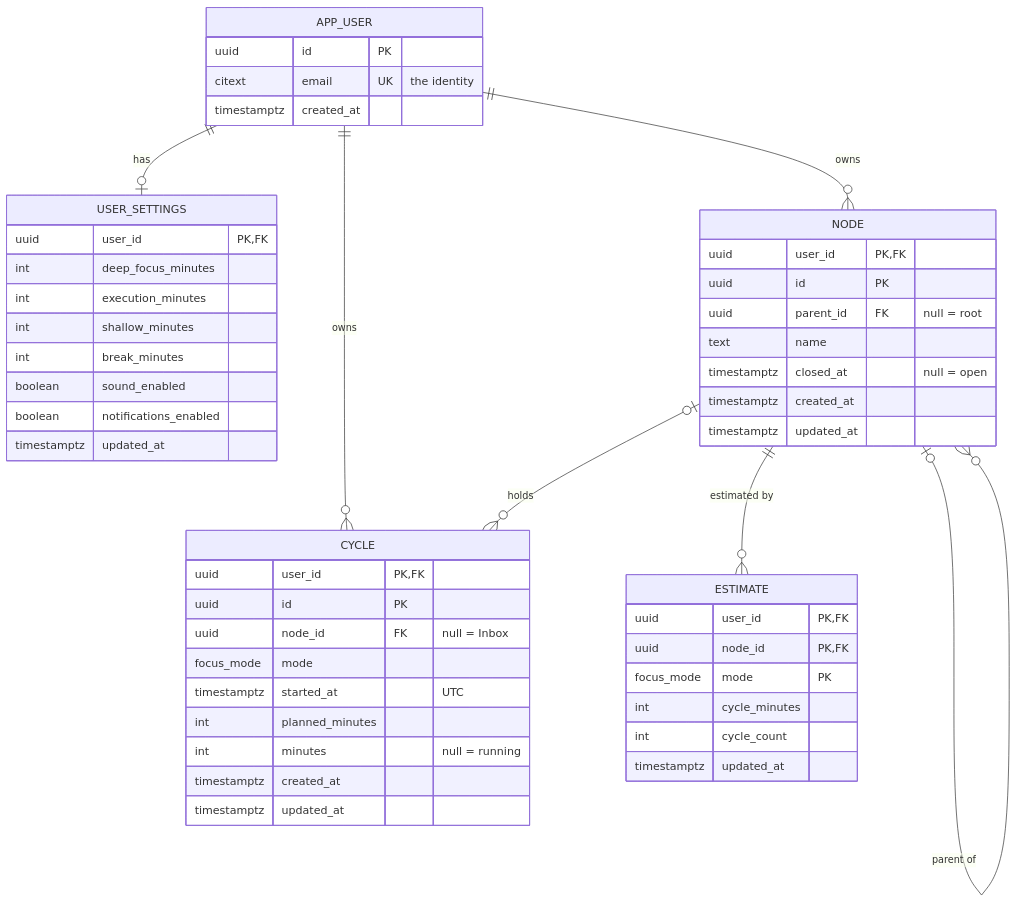
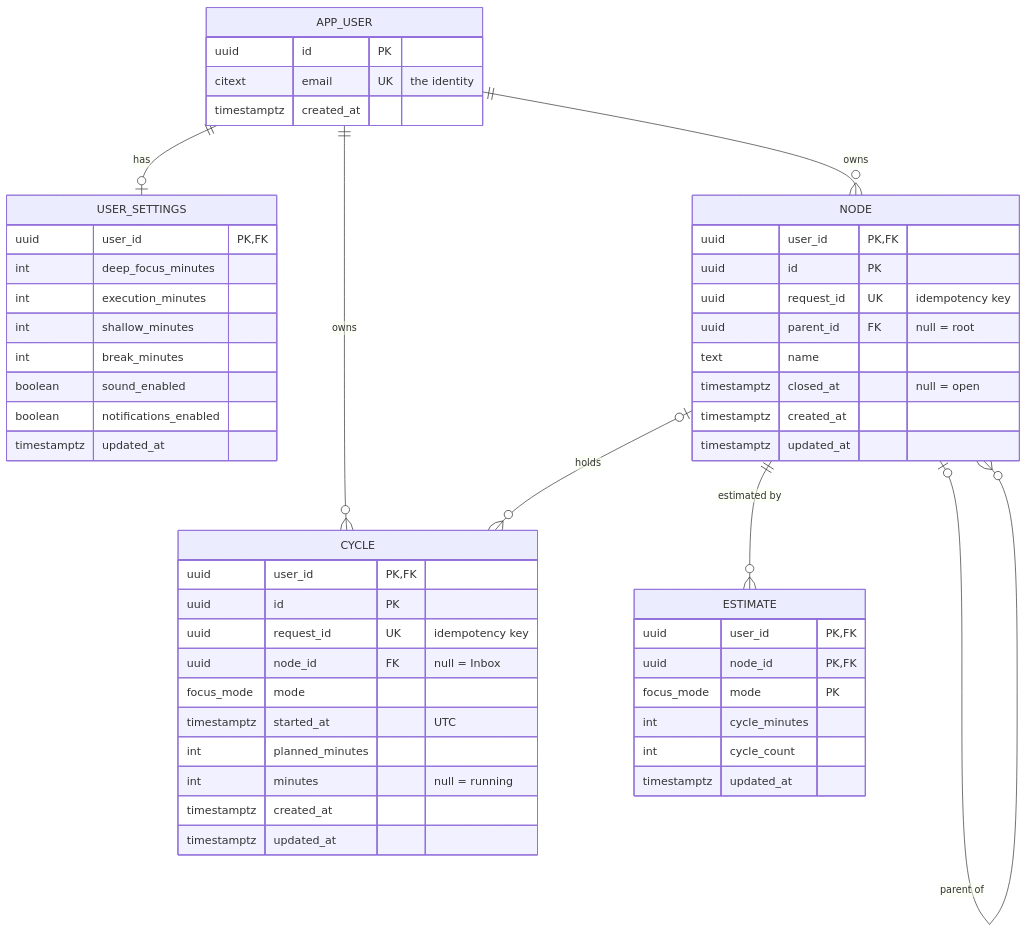
The first of 2 diagrams in docs/schema.md (SaumyaKarnwal/focus-ledger), drawn with Mermaid before and after one commit. The commit also changed other lines of this file and 6 other files, not shown here.

````diff
--- a/docs/schema.md
+++ b/docs/schema.md
@@ -45,53 +45,55 @@
 ```mermaid
 erDiagram
     APP_USER ||--o| USER_SETTINGS : "has"
     APP_USER ||--o{ NODE : "owns"
     APP_USER ||--o{ CYCLE : "owns"
     NODE |o--o{ NODE : "parent of"
     NODE |o--o{ CYCLE : "holds"
     NODE ||--o{ ESTIMATE : "estimated by"
 
     APP_USER {
         uuid id PK
         citext email UK "the identity"
         timestamptz created_at
     }
     USER_SETTINGS {
         uuid user_id PK, FK
         int deep_focus_minutes
         int execution_minutes
         int shallow_minutes
         int break_minutes
         boolean sound_enabled
         boolean notifications_enabled
         timestamptz updated_at
     }
     NODE {
         uuid user_id PK, FK
         uuid id PK
+        uuid request_id UK "idempotency key"
         uuid parent_id FK "null = root"
         text name
         timestamptz closed_at "null = open"
         timestamptz created_at
         timestamptz updated_at
     }
     CYCLE {
         uuid user_id PK, FK
         uuid id PK
+        uuid request_id UK "idempotency key"
         uuid node_id FK "null = Inbox"
         focus_mode mode
         timestamptz started_at "UTC"
         int planned_minutes
         int minutes "null = running"
         timestamptz created_at
         timestamptz updated_at
     }
     ESTIMATE {
         uuid user_id PK, FK
         uuid node_id PK, FK
         focus_mode mode PK
         int cycle_minutes
         int cycle_count
         timestamptz updated_at
     }
 ```
````
